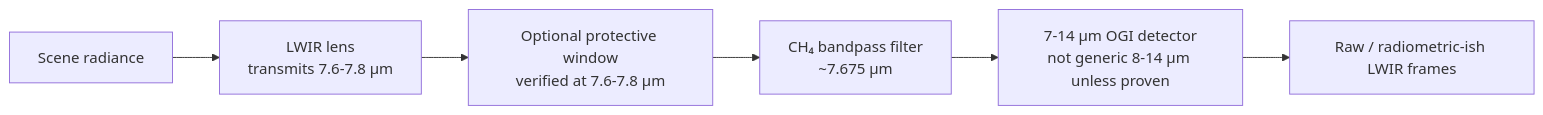
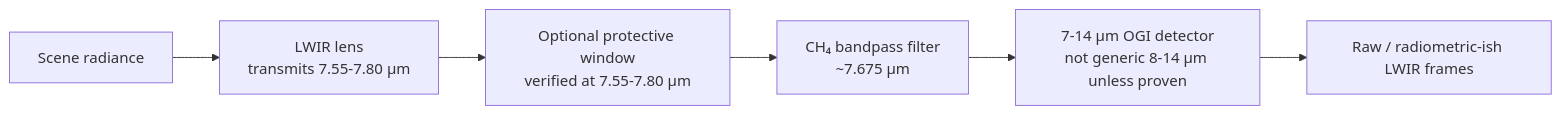
One commit to feniix/ir-gas-detection-payload changed the third of 5 diagrams in docs/prototype-methane-ogi-payload.md. Above: the diagram before and after it, drawn with Mermaid. The commit also changed other lines of this file, not shown here.

````diff
--- a/docs/prototype-methane-ogi-payload.md
+++ b/docs/prototype-methane-ogi-payload.md
@@ -97,8 +97,8 @@
 ```mermaid
 flowchart LR
-  Scene["Scene radiance"] --> Lens["LWIR lens\ntransmits 7.6-7.8 µm"]
-  Lens --> Window["Optional protective window\nverified at 7.6-7.8 µm"]
+  Scene["Scene radiance"] --> Lens["LWIR lens\ntransmits 7.55-7.80 µm"]
+  Lens --> Window["Optional protective window\nverified at 7.55-7.80 µm"]
   Window --> CH4["CH₄ bandpass filter\n~7.675 µm"]
   CH4 --> Detector["7-14 µm OGI detector\nnot generic 8-14 µm unless proven"]
   Detector --> Frames["Raw / radiometric-ish LWIR frames"]
 ```
````
